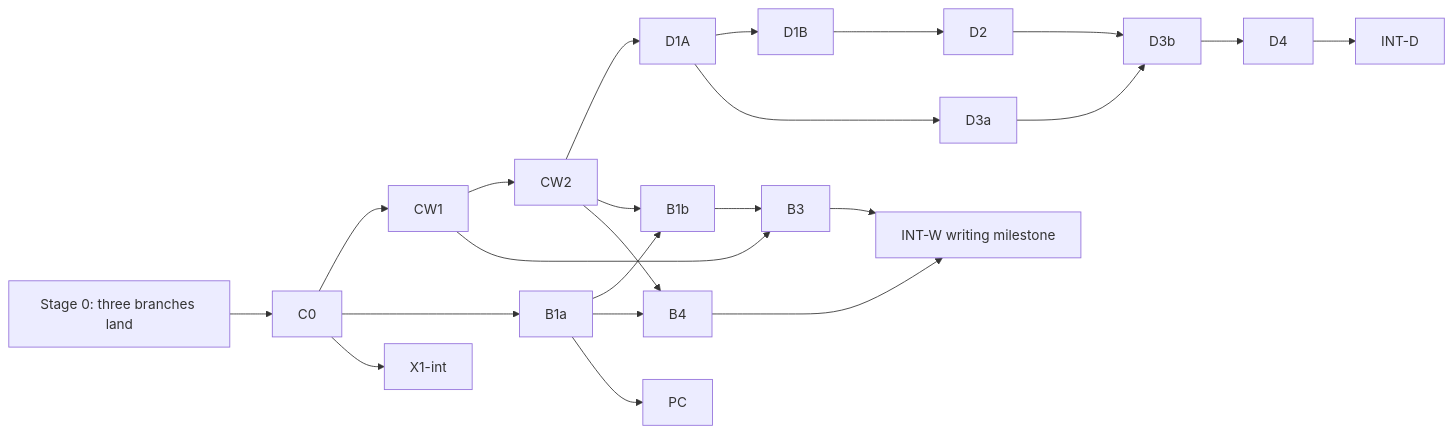
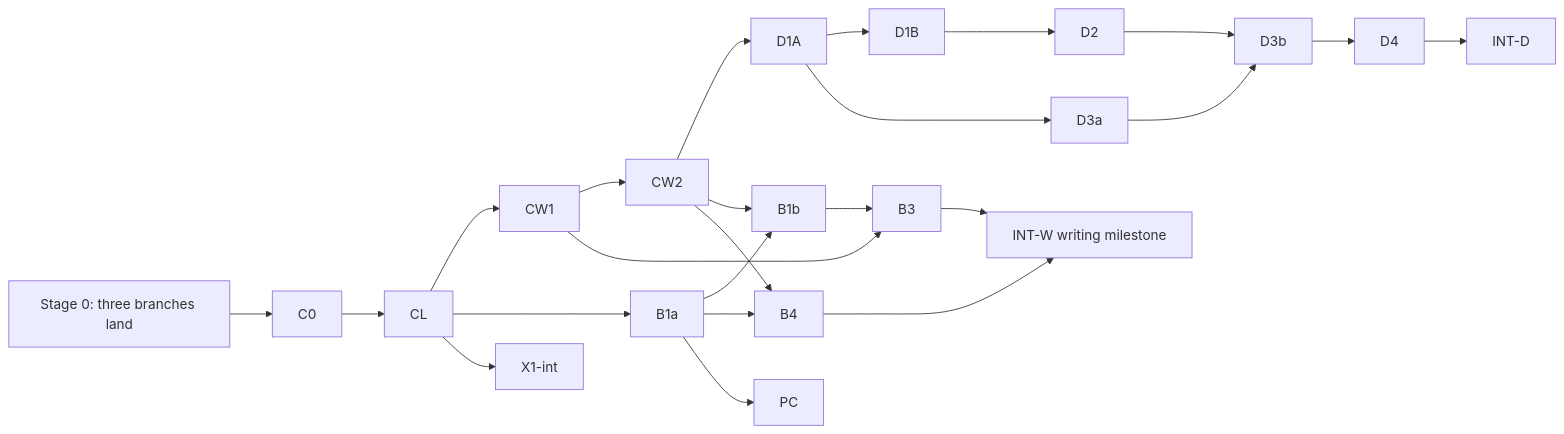
One commit to ewq100/brn-rust changed the diagram in docs/work/active/build-sequence/README.md. Above: the diagram before and after it, drawn with Mermaid. The commit also changed other lines of this file, not shown here.

First line of the commit message:
docs: add housekeeping, cleanup slice and mutation rules to the build sequence

````diff
--- a/docs/work/active/build-sequence/README.md
+++ b/docs/work/active/build-sequence/README.md
@@ -49,17 +89,17 @@
 ```mermaid
 graph LR
   S0[Stage 0: three branches land] --> C0
-  C0 --> CW1 --> CW2 --> D1A --> D1B --> D2 --> D3b --> D4 --> INTD[INT-D]
-  C0 --> B1a
+  C0 --> CL --> CW1 --> CW2 --> D1A --> D1B --> D2 --> D3b --> D4 --> INTD[INT-D]
+  CL --> B1a
   B1a --> B1b
   CW2 --> B1b
   B1b --> B3
   CW1 --> B3
   B1a --> B4
   CW2 --> B4
   B1a --> PC
   B3 --> INTW[INT-W writing milestone]
   B4 --> INTW
   D1A --> D3a --> D3b
-  C0 --> X1int[X1-int]
+  CL --> X1int[X1-int]
 ```
````
